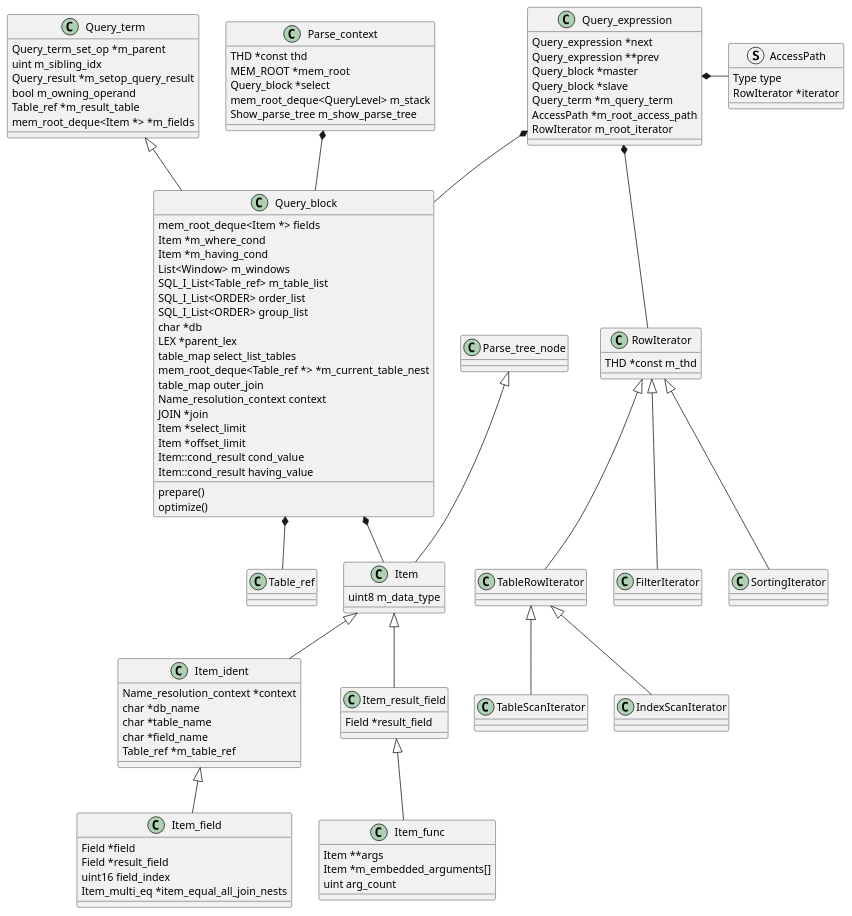
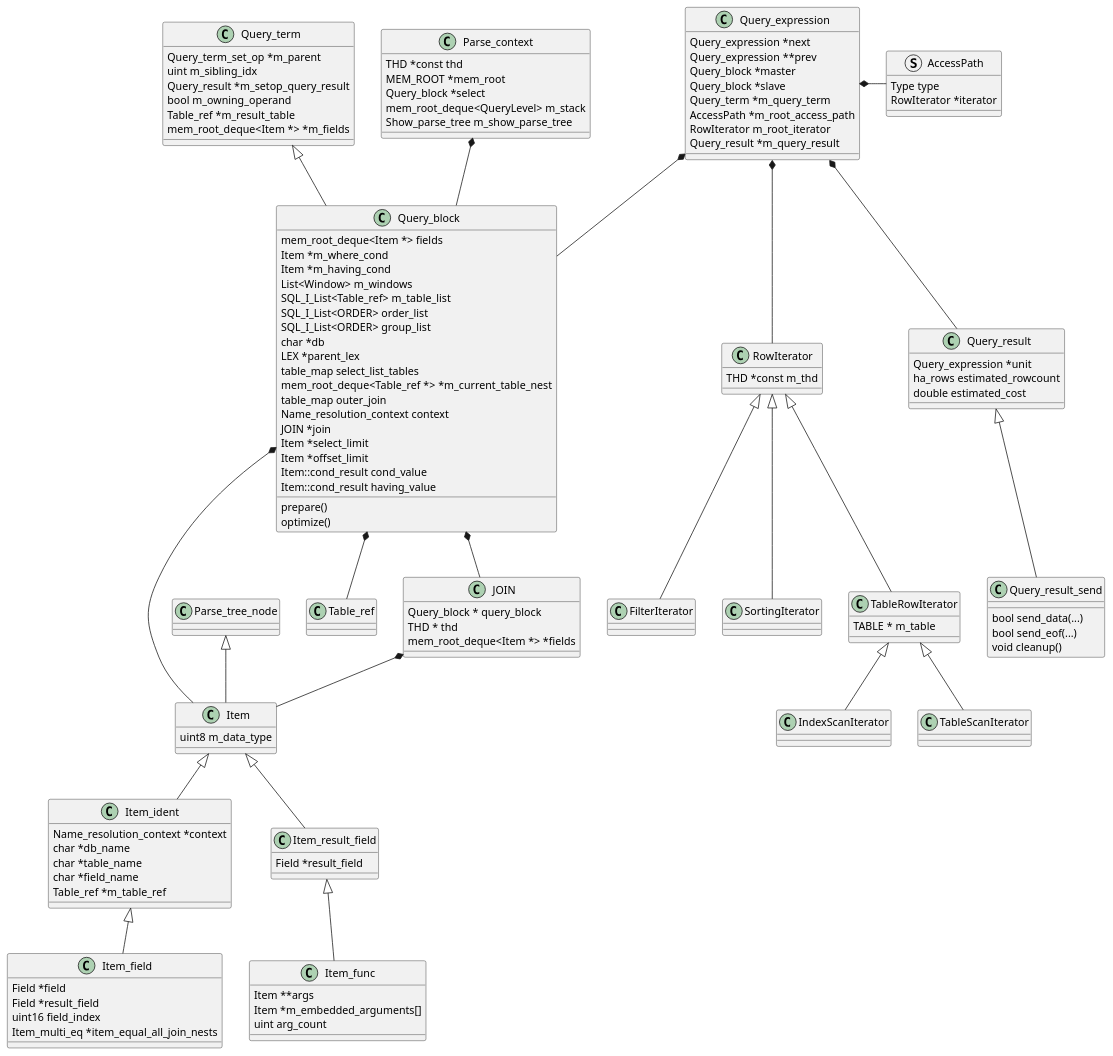
Before and after one commit to kevinwang930/kevinwang930.github.io: the seventh of 11 diagrams in content/post/data/db/mysql/query/index.md, drawn with PlantUML. The commit also changed 4 other files, not shown here.

```diff
--- a/content/post/data/db/mysql/query/index.md
+++ b/content/post/data/db/mysql/query/index.md
@@ -451,6 +451,12 @@
   optimize()
 }
 
+class JOIN {
+  Query_block * query_block
+  THD * thd
+  mem_root_deque<Item *> *fields
+}
+
 class Table_ref {
 
 }
@@ -471,6 +477,19 @@
   Query_term *m_query_term
   AccessPath *m_root_access_path
   RowIterator m_root_iterator
+  Query_result *m_query_result
+}
+
+class Query_result {
+  Query_expression *unit
+  ha_rows estimated_rowcount
+  double estimated_cost
+}
+
+class Query_result_send extends Query_result {
+  bool send_data(...)
+  bool send_eof(...)
+  void cleanup()
 }
 
 struct AccessPath {
@@ -482,18 +501,20 @@
   THD *const m_thd
 }
 
-class TableRowIterator extends RowIterator
+class TableRowIterator extends RowIterator {
+TABLE * m_table
+}
 
 class FilterIterator extends RowIterator
-class TableScanIterator extends TableRowIterator
+class TableScanIterator extends TableRowIterator {
+  
+}
 class IndexScanIterator extends TableRowIterator
 class SortingIterator extends RowIterator
 
 
+Query_expression *-- Query_result
 Query_expression *-- RowIterator
-
-
-
 Query_expression *- AccessPath
 
 class Query_term {
@@ -532,6 +553,9 @@
 Query_expression *-- Query_block
 Query_block *-- Table_ref
 Query_block *-- Item
+Query_block *-- JOIN
+JOIN *-- Item
+
 
 
 
```
